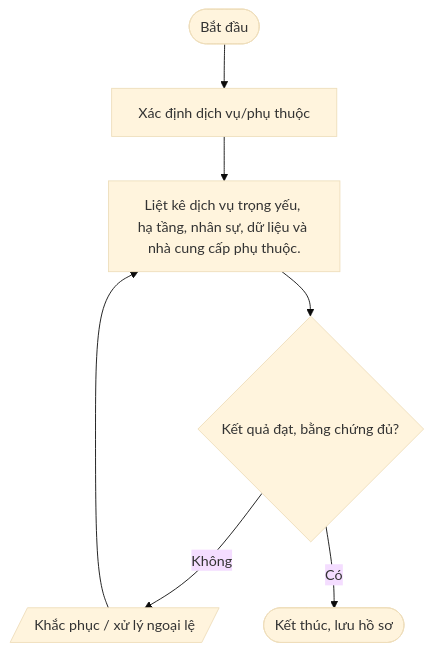
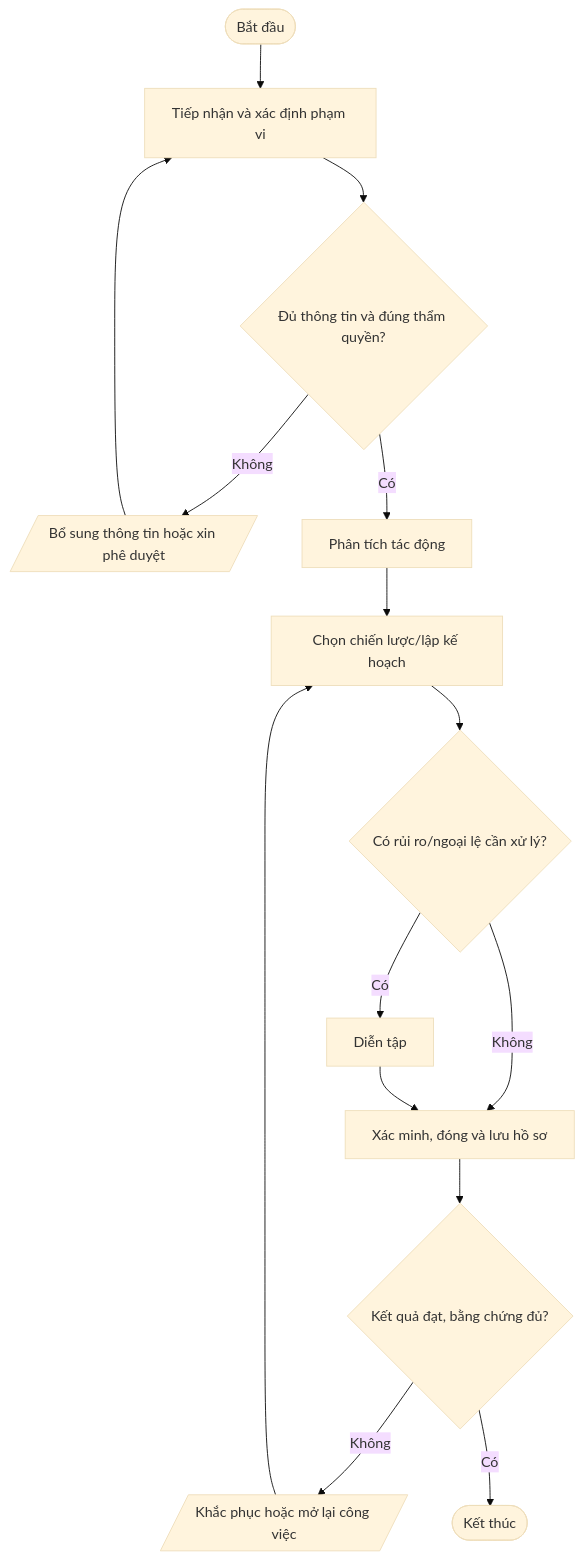
Before and after one commit to daoaigiangnam/Quy_Trinh_Chuan: the third of 5 diagrams in quy-trinh/04-Backup-BCP-DR/README.md, drawn with Mermaid (base theme). The commit also changed other lines of this file, not shown here.

Commit message:
docs: refine detailed procedure steps and Mermaid flowcharts

````diff
--- a/quy-trinh/04-Backup-BCP-DR/README.md
+++ b/quy-trinh/04-Backup-BCP-DR/README.md
@@ -188,11 +227,17 @@
 ```mermaid
 flowchart TD
-  A([Bắt đầu]) --> S1
-  S1["Xác định dịch vụ/phụ thuộc"]
-  S2["Liệt kê dịch vụ trọng yếu, hạ tầng, nhân sự, dữ liệu và nhà cung cấp phụ thuộc."]
-  S1 --> S2
-  S2 --> D2{"Kết quả đạt, bằng chứng đủ?"}
-  D2 -- Không --> REWORK[/"Khắc phục / xử lý ngoại lệ"/]
-  REWORK --> S2
-  D2 -- Có --> Z([Kết thúc, lưu hồ sơ])
+  A([Bắt đầu]) --> S1["Tiếp nhận và xác định phạm vi"]
+  S1 --> D1{"Đủ thông tin và đúng thẩm quyền?"}
+  D1 -- Không --> F1[/"Bổ sung thông tin hoặc xin phê duyệt"/]
+  F1 --> S1
+  D1 -- Có --> S2["Phân tích tác động"]
+  S2 --> S3["Chọn chiến lược/lập kế hoạch"]
+  S3 --> D2{"Có rủi ro/ngoại lệ cần xử lý?"}
+  D2 -- Có --> S4["Diễn tập"]
+  D2 -- Không --> S5["Xác minh, đóng và lưu hồ sơ"]
+  S4 --> S5
+  S5 --> D3{"Kết quả đạt, bằng chứng đủ?"}
+  D3 -- Không --> R[/"Khắc phục hoặc mở lại công việc"/]
+  R --> S3
+  D3 -- Có --> Z([Kết thúc])
 ```
````
